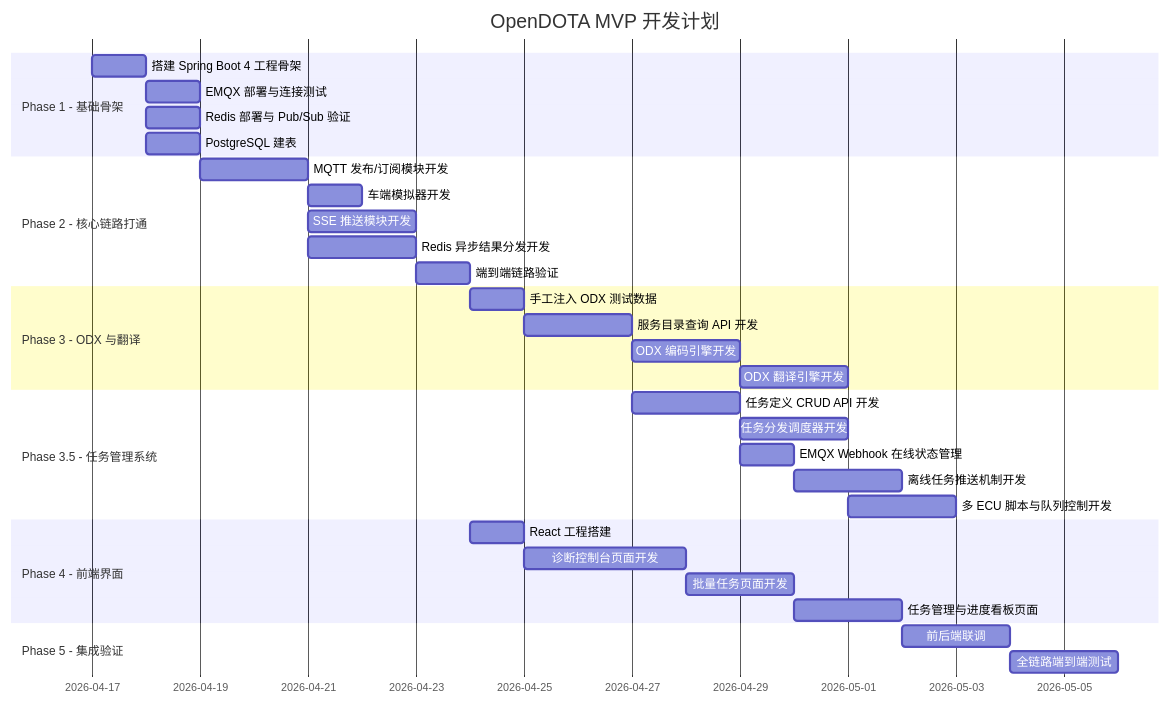
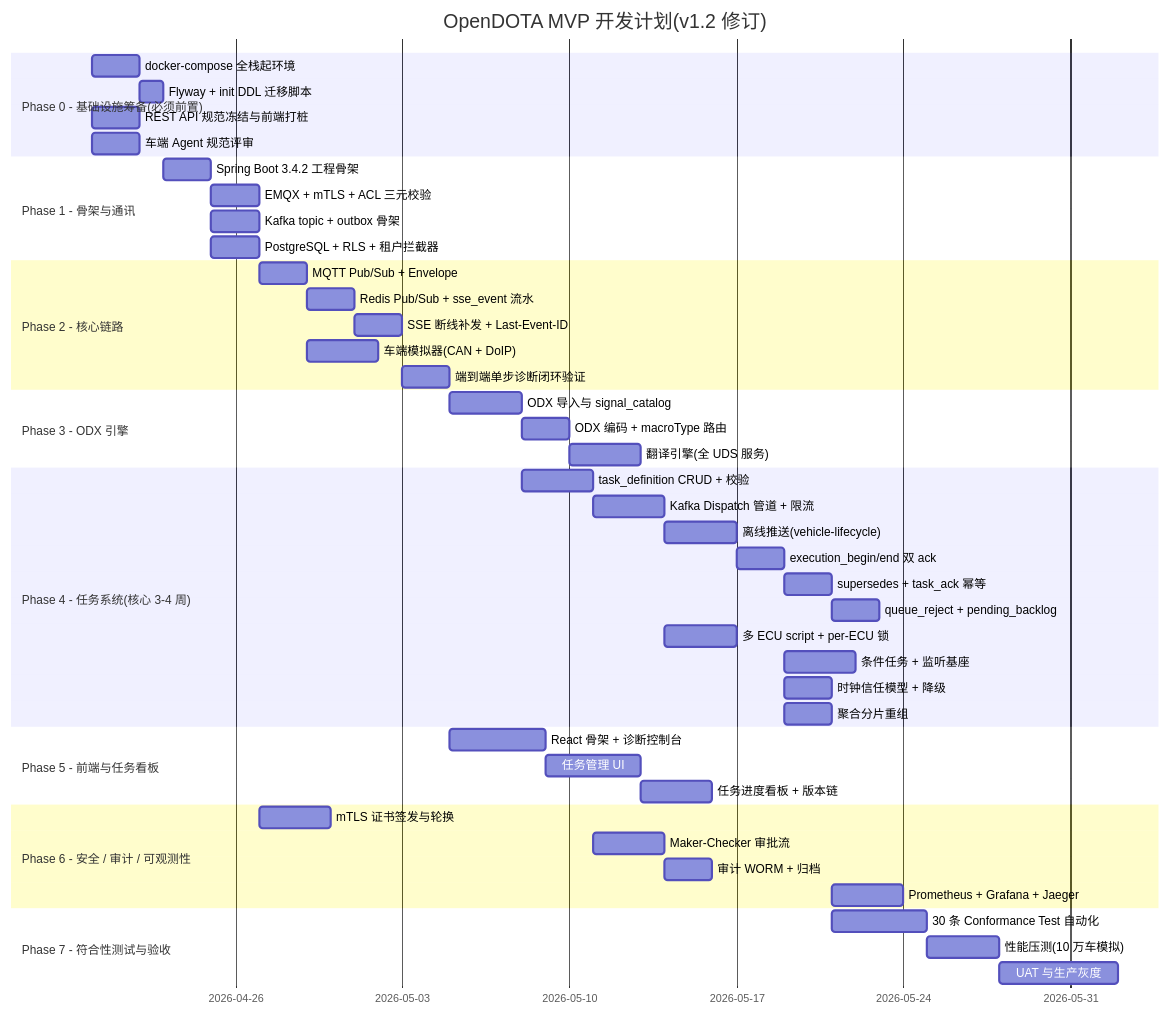
The ninth of 9 diagrams in doc/opendota_tech_architecture.md (YuMinami/OpenDOTA), drawn with Mermaid before and after one commit. The commit also changed other lines of this file and 95 other files, not shown here.

````diff
--- a/doc/opendota_tech_architecture.md
+++ b/doc/opendota_tech_architecture.md
@@ -2004,40 +2910,56 @@
 ```mermaid
 gantt
-    title OpenDOTA MVP 开发计划
+    title OpenDOTA MVP 开发计划(v1.2 修订)
     dateFormat  YYYY-MM-DD
-    section Phase 1 - 基础骨架
-    搭建 Spring Boot 4 工程骨架      :p1_1, 2026-04-17, 1d
-    EMQX 部署与连接测试              :p1_2, after p1_1, 1d
-    Redis 部署与 Pub/Sub 验证         :p1_3, after p1_1, 1d
-    PostgreSQL 建表                  :p1_4, after p1_1, 1d
+    section Phase 0 - 基础设施筹备(必须前置)
+    docker-compose 全栈起环境     :p0_1, 2026-04-20, 2d
+    Flyway + init DDL 迁移脚本     :p0_2, after p0_1, 1d
+    REST API 规范冻结与前端打桩    :p0_3, 2026-04-20, 2d
+    车端 Agent 规范评审           :p0_4, 2026-04-20, 2d
 
-    section Phase 2 - 核心链路打通
-    MQTT 发布/订阅模块开发           :p2_1, after p1_2, 2d
-    车端模拟器开发                    :p2_2, after p2_1, 1d
-    SSE 推送模块开发                  :p2_3, after p2_1, 2d
-    Redis 异步结果分发开发            :p2_4, after p2_1, 2d
-    端到端链路验证                    :p2_5, after p2_4, 1d
+    section Phase 1 - 骨架与通讯
+    Spring Boot 3.4.2 工程骨架    :p1_1, after p0_2, 2d
+    EMQX + mTLS + ACL 三元校验    :p1_2, after p1_1, 2d
+    Kafka topic + outbox 骨架     :p1_3, after p1_1, 2d
+    PostgreSQL + RLS + 租户拦截器  :p1_4, after p1_1, 2d
 
-    section Phase 3 - ODX 与翻译
-    手工注入 ODX 测试数据             :p3_1, after p2_5, 1d
-    服务目录查询 API 开发             :p3_2, after p3_1, 2d
-    ODX 编码引擎开发                  :p3_3, after p3_2, 2d
-    ODX 翻译引擎开发                  :p3_4, after p3_3, 2d
+    section Phase 2 - 核心链路
+    MQTT Pub/Sub + Envelope       :p2_1, after p1_2, 2d
+    Redis Pub/Sub + sse_event 流水 :p2_2, after p2_1, 2d
+    SSE 断线补发 + Last-Event-ID  :p2_3, after p2_2, 2d
+    车端模拟器(CAN + DoIP)       :p2_4, after p2_1, 3d
+    端到端单步诊断闭环验证         :p2_5, after p2_3, 2d
 
-    section Phase 3.5 - 任务管理系统
-    任务定义 CRUD API 开发            :p35_1, after p3_2, 2d
-    任务分发调度器开发                :p35_2, after p35_1, 2d
-    EMQX Webhook 在线状态管理       :p35_3, after p35_1, 1d
-    离线任务推送机制开发              :p35_4, after p35_3, 2d
-    多 ECU 脚本与队列控制开发          :p35_5, after p35_2, 2d
+    section Phase 3 - ODX 引擎
+    ODX 导入与 signal_catalog      :p3_1, after p2_5, 3d
+    ODX 编码 + macroType 路由     :p3_2, after p3_1, 2d
+    翻译引擎(全 UDS 服务)        :p3_3, after p3_2, 3d
 
-    section Phase 4 - 前端界面
-    React 工程搭建                   :p4_1, after p2_5, 1d
-    诊断控制台页面开发                :p4_2, after p4_1, 3d
-    批量任务页面开发                  :p4_3, after p4_2, 2d
-    任务管理与进度看板页面            :p4_4, after p4_3, 2d
+    section Phase 4 - 任务系统(核心 3-4 周)
+    task_definition CRUD + 校验    :p4_1, after p3_1, 3d
+    Kafka Dispatch 管道 + 限流    :p4_2, after p4_1, 3d
+    离线推送(vehicle-lifecycle)  :p4_3, after p4_2, 3d
+    execution_begin/end 双 ack     :p4_4, after p4_3, 2d
+    supersedes + task_ack 幂等    :p4_5, after p4_4, 2d
+    queue_reject + pending_backlog :p4_6, after p4_5, 2d
+    多 ECU script + per-ECU 锁    :p4_7, after p4_2, 3d
+    条件任务 + 监听基座            :p4_8, after p4_4, 3d
+    时钟信任模型 + 降级           :p4_9, after p4_4, 2d
+    聚合分片重组                  :p4_10, after p4_4, 2d
 
-    section Phase 5 - 集成验证
-    前后端联调                       :p5_1, after p4_4, 2d
-    全链路端到端测试                  :p5_2, after p5_1, 2d
+    section Phase 5 - 前端与任务看板
+    React 骨架 + 诊断控制台        :p5_1, after p2_5, 4d
+    任务管理 UI                   :p5_2, after p5_1, 4d
+    任务进度看板 + 版本链          :p5_3, after p5_2, 3d
+
+    section Phase 6 - 安全 / 审计 / 可观测性
+    mTLS 证书签发与轮换            :p6_1, after p1_2, 3d
+    Maker-Checker 审批流           :p6_2, after p4_1, 3d
+    审计 WORM + 归档               :p6_3, after p6_2, 2d
+    Prometheus + Grafana + Jaeger :p6_4, after p4_10, 3d
+
+    section Phase 7 - 符合性测试与验收
+    30 条 Conformance Test 自动化  :p7_1, after p4_10, 4d
+    性能压测(10 万车模拟)        :p7_2, after p7_1, 3d
+    UAT 与生产灰度                :p7_3, after p7_2, 5d
 ```
````
